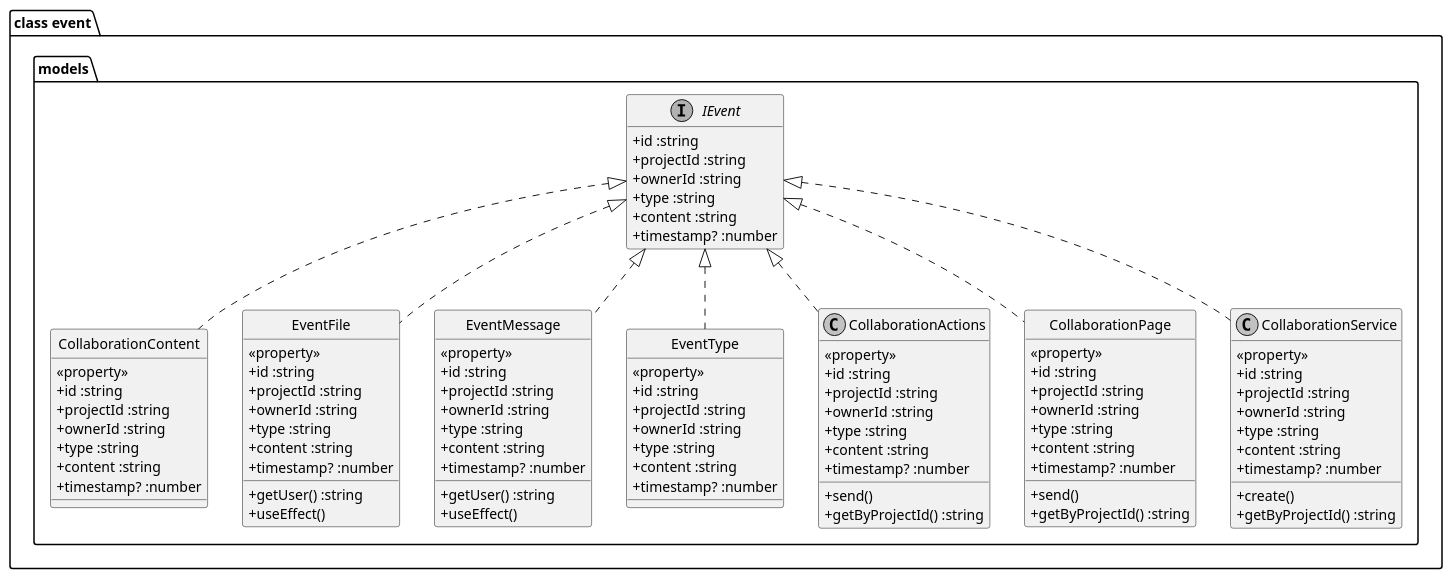
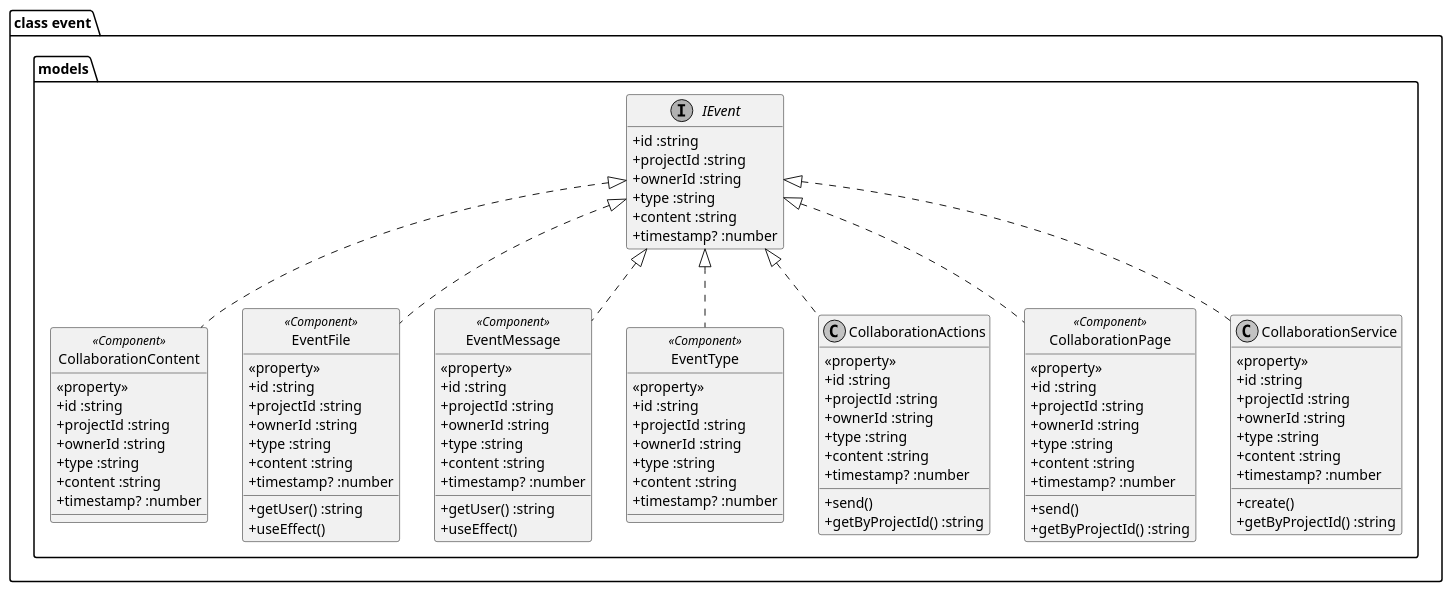
The diagram in diagrams/src/software-design/class-model-diagrams/event.models.pu (converge-app/software-design), drawn with PlantUML before and after one commit. The commit also changed 18 other files, not shown here.

Commit message:
added service diagrams

```diff
--- a/diagrams/src/software-design/class-model-diagrams/event.models.pu
+++ b/diagrams/src/software-design/class-model-diagrams/event.models.pu
@@ -1,123 +1,123 @@
 @startuml
 
  skinparam monochrome true
  skinparam classAttributeIconSize 0
  top to bottom direction
 package "class event.models"{
   
   interface "IEvent" {
   + id :string
   + projectId :string
   + ownerId :string
   + type :string
   + content :string
   + timestamp? :number
   }
   hide IEvent  methods
 
-  class "CollaborationContent"{  
+  class "CollaborationContent" <<Component>>{  
   <<property>>
    + id :string
   + projectId :string
   + ownerId :string
   + type :string
   + content :string
   + timestamp? :number
   }
   
 hide CollaborationContent circle
 show CollaborationContent fields
   
   
-class "EventFile" {
+class "EventFile" <<Component>>{
   + getUser() :string
   + useEffect()
   <<property>>
      + id :string
   + projectId :string
   + ownerId :string
   + type :string
   + content :string
   + timestamp? :number
 }
 
 hide EventFile circle
 
-class "EventMessage" {
+class "EventMessage" <<Component>>{
   + getUser() :string
   + useEffect()
   <<property>>
     + id :string
   + projectId :string
   + ownerId :string
   + type :string
   + content :string
   + timestamp? :number
 }
 
 hide EventMessage circle
 
-class "EventType" {
+class "EventType" <<Component>>{
   <<property>>
   + id :string
   + projectId :string
   + ownerId :string
   + type :string
   + content :string
   + timestamp? :number
 }
 
 hide EventType circle
   
   class "CollaborationActions" {
     + send()
     + getByProjectId() :string
   <<property>>
   + id :string
   + projectId :string
   + ownerId :string
   + type :string
   + content :string
   + timestamp? :number
 }
 
   
-class "CollaborationPage" {
+class "CollaborationPage" <<Component>>{
     + send()
     + getByProjectId() :string
   <<property>>
   + id :string
   + projectId :string
   + ownerId :string
   + type :string
   + content :string
   + timestamp? :number
 }
 
 hide CollaborationPage circle
   
   
 class "CollaborationService" {
     + create()
     + getByProjectId() :string
   <<property>>
   + id :string
   + projectId :string
   + ownerId :string
   + type :string
   + content :string
   + timestamp? :number
 }
   
    IEvent <|.. CollaborationContent 
   IEvent <|.. EventFile
   IEvent <|.. EventMessage 
   IEvent <|.. EventType
   IEvent <|.. CollaborationActions 
   IEvent <|.. CollaborationPage
     IEvent <|.. CollaborationService
 
 }
 
 
 @enduml
```
